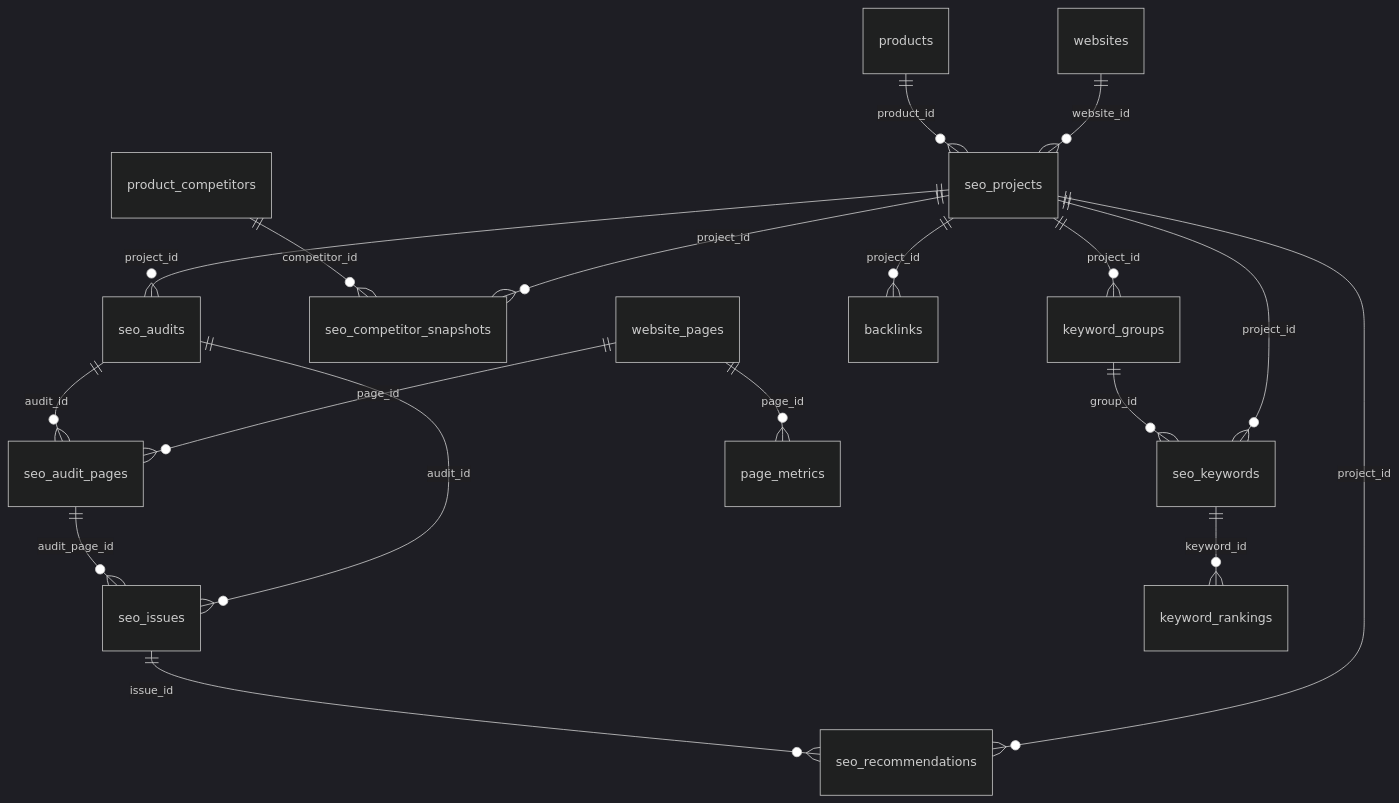
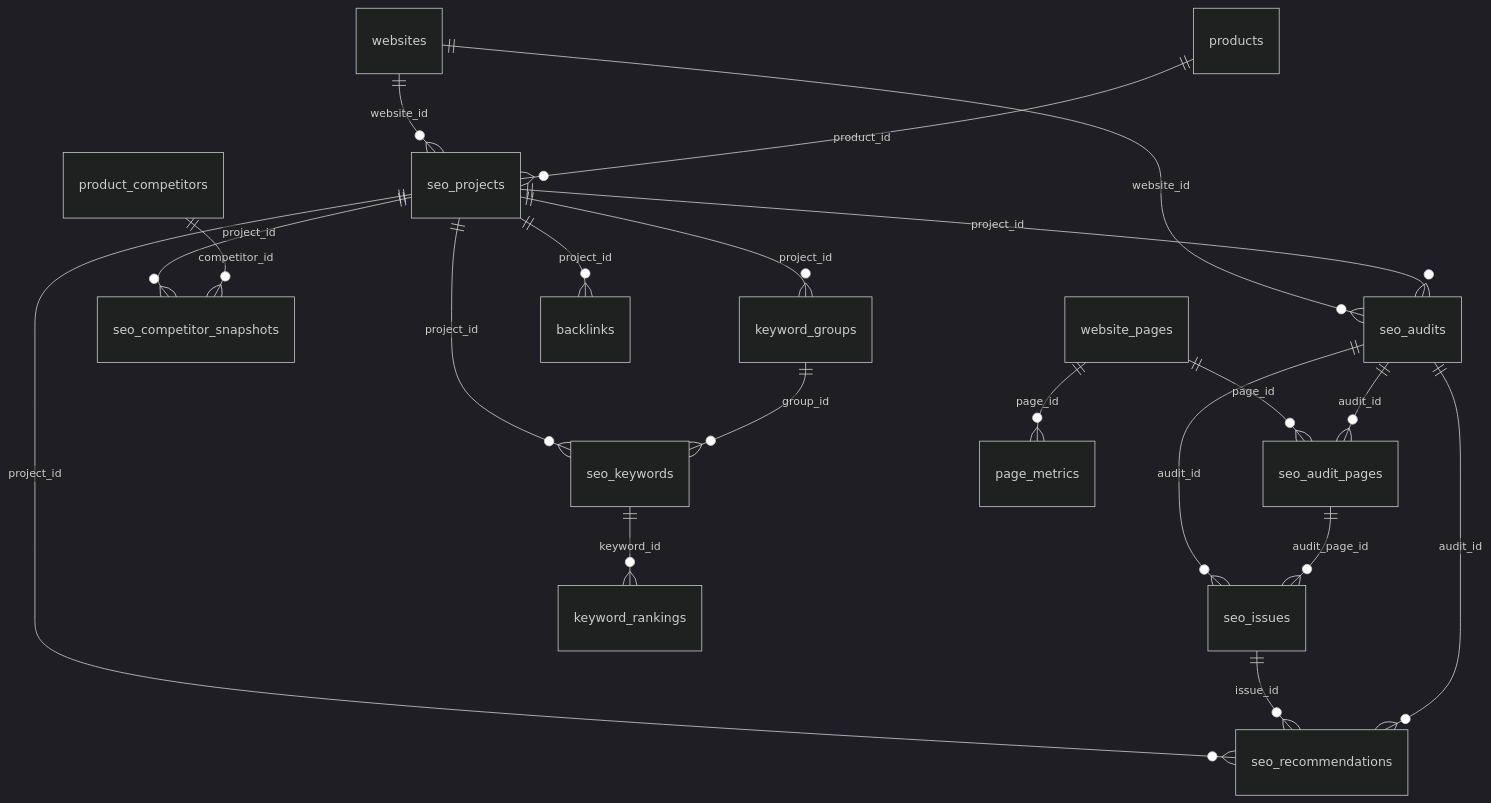
Diagram 12 of 21 in docs/database/ERD.md (yassineelhif5-pixel/Grouth-IA), drawn with Mermaid (dark theme) before and after one commit. The commit also changed other lines of this file and 35 other files, not shown here.

First line of the commit message:
feat(database): PROMPT 2 additive schema — 291 tables, run tables, business roles, WhatsApp, page builder, growth policies, AI routing

````diff
--- a/docs/database/ERD.md
+++ b/docs/database/ERD.md
@@ -242,20 +247,22 @@
 ```mermaid
 erDiagram
     keyword_groups ||--o{ seo_keywords : group_id
     product_competitors ||--o{ seo_competitor_snapshots : competitor_id
     products ||--o{ seo_projects : product_id
     seo_audit_pages ||--o{ seo_issues : audit_page_id
     seo_audits ||--o{ seo_audit_pages : audit_id
     seo_audits ||--o{ seo_issues : audit_id
+    seo_audits ||--o{ seo_recommendations : audit_id
     seo_issues ||--o{ seo_recommendations : issue_id
     seo_keywords ||--o{ keyword_rankings : keyword_id
     seo_projects ||--o{ backlinks : project_id
     seo_projects ||--o{ keyword_groups : project_id
     seo_projects ||--o{ seo_audits : project_id
     seo_projects ||--o{ seo_competitor_snapshots : project_id
     seo_projects ||--o{ seo_keywords : project_id
     seo_projects ||--o{ seo_recommendations : project_id
     website_pages ||--o{ page_metrics : page_id
     website_pages ||--o{ seo_audit_pages : page_id
+    websites ||--o{ seo_audits : website_id
     websites ||--o{ seo_projects : website_id
 ```
````
